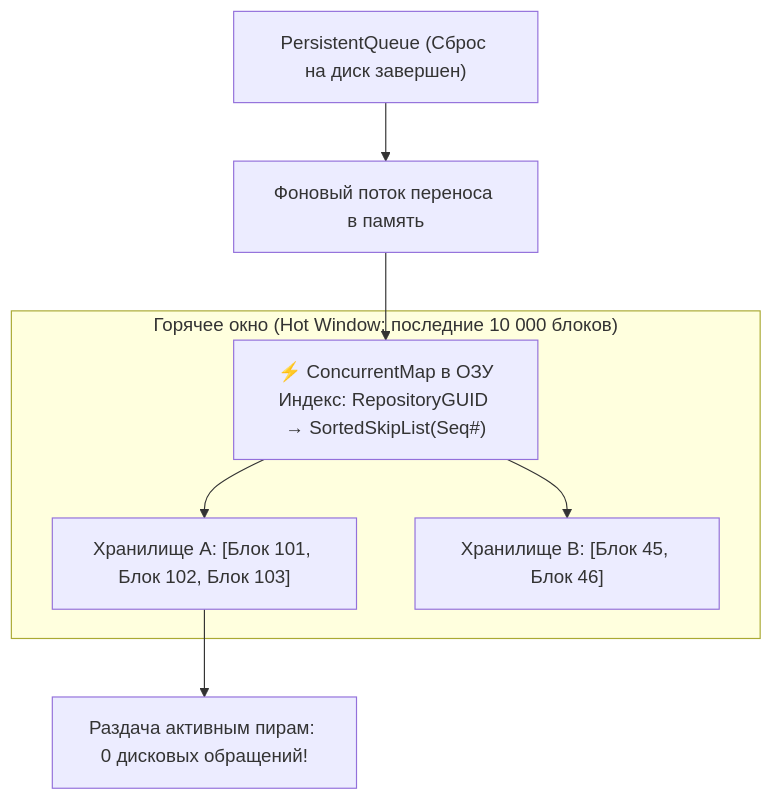
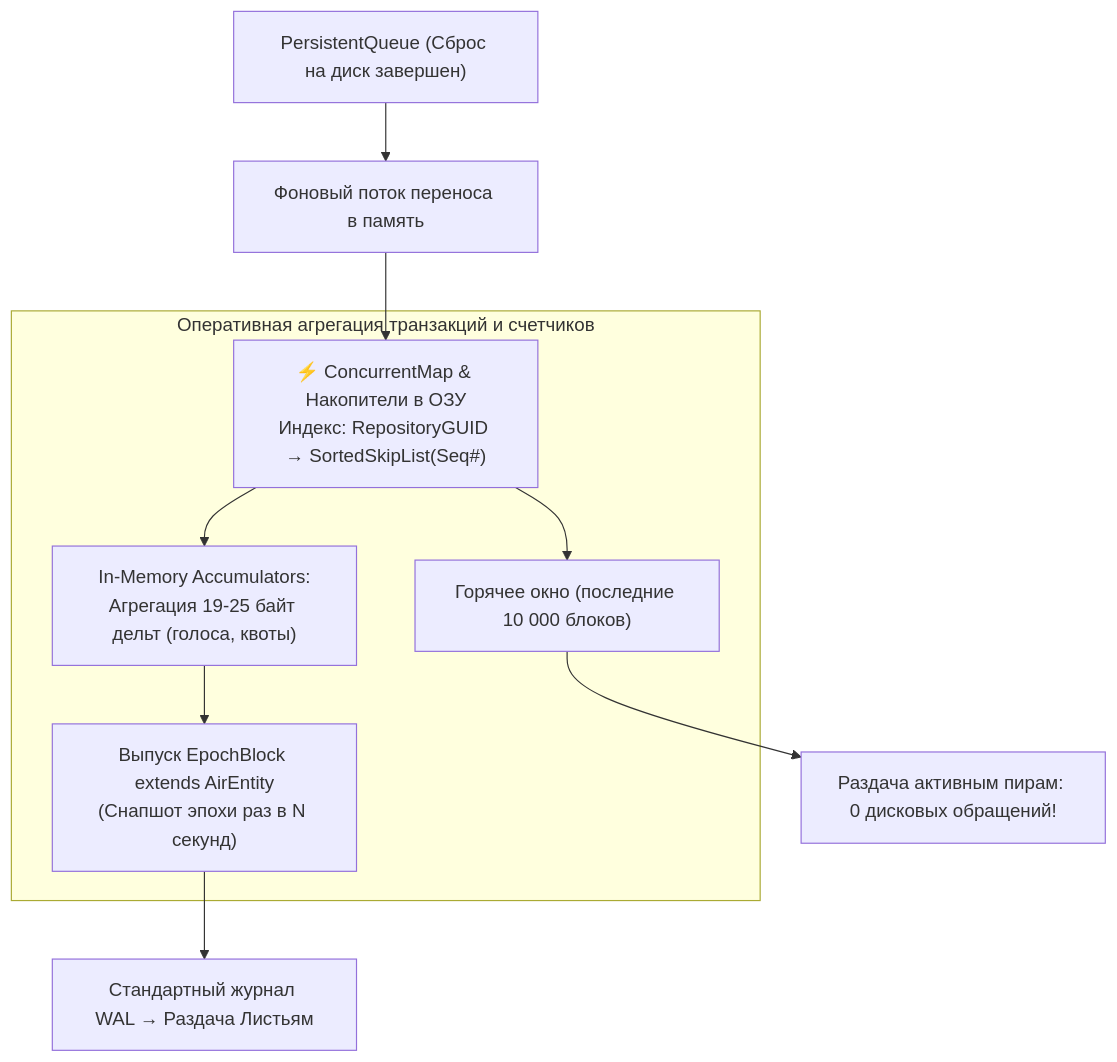
The fifth of 13 diagrams in architecture_presentations/04_branch_pipeline_and_storage/docs/presentation_deck.md (Data-Independence-Network/presentations), drawn with Mermaid before and after one commit. The commit also changed other lines of this file and 23 other files, not shown here.

```diff
--- a/architecture_presentations/04_branch_pipeline_and_storage/docs/presentation_deck.md
+++ b/architecture_presentations/04_branch_pipeline_and_storage/docs/presentation_deck.md
@@ -247,12 +247,14 @@
         <div class="mermaid">
 graph TD
     PQ["PersistentQueue (Сброс на диск завершен)"] --> Pop["Фоновый поток переноса в память"]
-    Pop --> CM["⚡ ConcurrentMap в ОЗУ<br/>Индекс: RepositoryGUID &rarr; SortedSkipList(Seq#)"]
+    Pop --> CM["⚡ ConcurrentMap & Накопители в ОЗУ<br/>Индекс: RepositoryGUID &rarr; SortedSkipList(Seq#)"]
 
-    subgraph MemoryWindow["Горячее окно (Hot Window: последние 10 000 блоков)"]
-        CM --> Repo1["Хранилище A: [Блок 101, Блок 102, Блок 103]"]
-        CM --> Repo2["Хранилище B: [Блок 45, Блок 46]"]
+    subgraph MemoryWindow["Оперативная агрегация транзакций и счетчиков"]
+        CM --> Accum["In-Memory Accumulators:<br/>Агрегация 19-25 байт дельт (голоса, квоты)"]
+        Accum --> Epoch["Выпуск EpochBlock extends AirEntity<br/>(Снапшот эпохи раз в N секунд)"]
+        CM --> RepoWindow["Горячее окно (последние 10 000 блоков)"]
     end
 
-    Repo1 --> PeerA["Раздача активным пирам: 0 дисковых обращений!"]
+    Epoch --> WAL["Стандартный журнал WAL &rarr; Раздача Листьям"]
+    RepoWindow --> PeerA["Раздача активным пирам: 0 дисковых обращений!"]
         </div>
```
